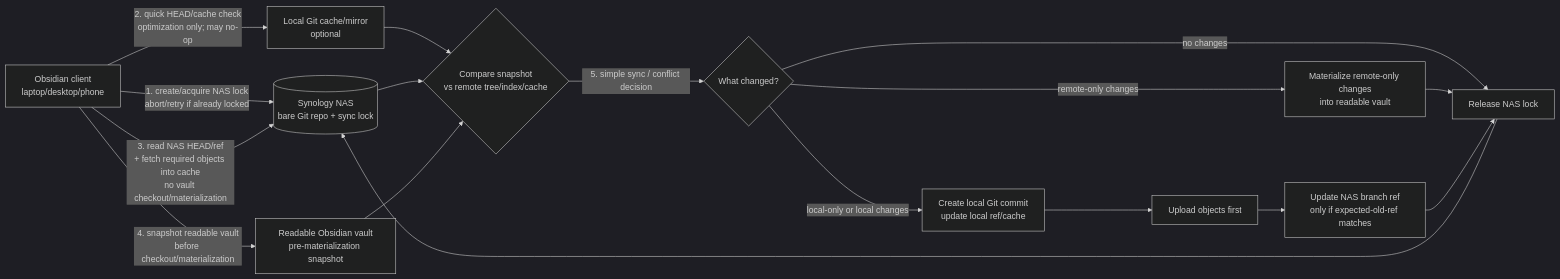
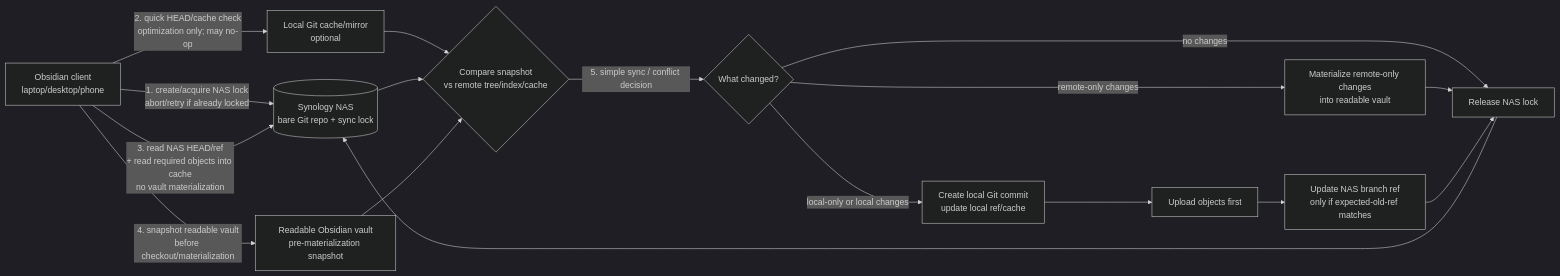
Before and after one commit to ForkTheGhost/obsidian-synology-sync: the first of 2 diagrams in ARCHITECTURE.md, drawn with Mermaid (dark theme). The commit also changed other lines of this file, not shown here.

````diff
--- a/ARCHITECTURE.md
+++ b/ARCHITECTURE.md
@@ -80,30 +85,30 @@
 ```mermaid
 flowchart LR
     C[Obsidian client\nlaptop/desktop/phone]
     S[(Synology NAS\nbare Git repo + sync lock)]
     L[Local Git cache/mirror\noptional]
     V[Readable Obsidian vault\npre-materialization snapshot]
     D{Compare snapshot\nvs remote tree/index/cache}
     W{What changed?}
     M[Materialize remote-only changes\ninto readable vault]
     G[Create local Git commit\nupdate local ref/cache]
     O[Upload objects first]
     R[Update NAS branch ref\nonly if expected-old-ref matches]
 
     C -- "1. create/acquire NAS lock\nabort/retry if already locked" --> S
     C -- "2. quick HEAD/cache check\noptimization only; may no-op" --> L
-    C -- "3. read NAS HEAD/ref\n+ fetch required objects into cache\nno vault checkout/materialization" --> S
+    C -- "3. read NAS HEAD/ref\n+ read required objects into cache\nno vault materialization" --> S
     C -- "4. snapshot readable vault\nbefore checkout/materialization" --> V
     L --> D
     S --> D
     V --> D
     D -- "5. simple sync / conflict decision" --> W
     W -- "no changes" --> Z[Release NAS lock]
     W -- "remote-only changes" --> M
     M --> Z
     W -- "local-only or local changes" --> G
     G --> O
     O --> R
     R --> Z
     Z --> S
 ```
````
